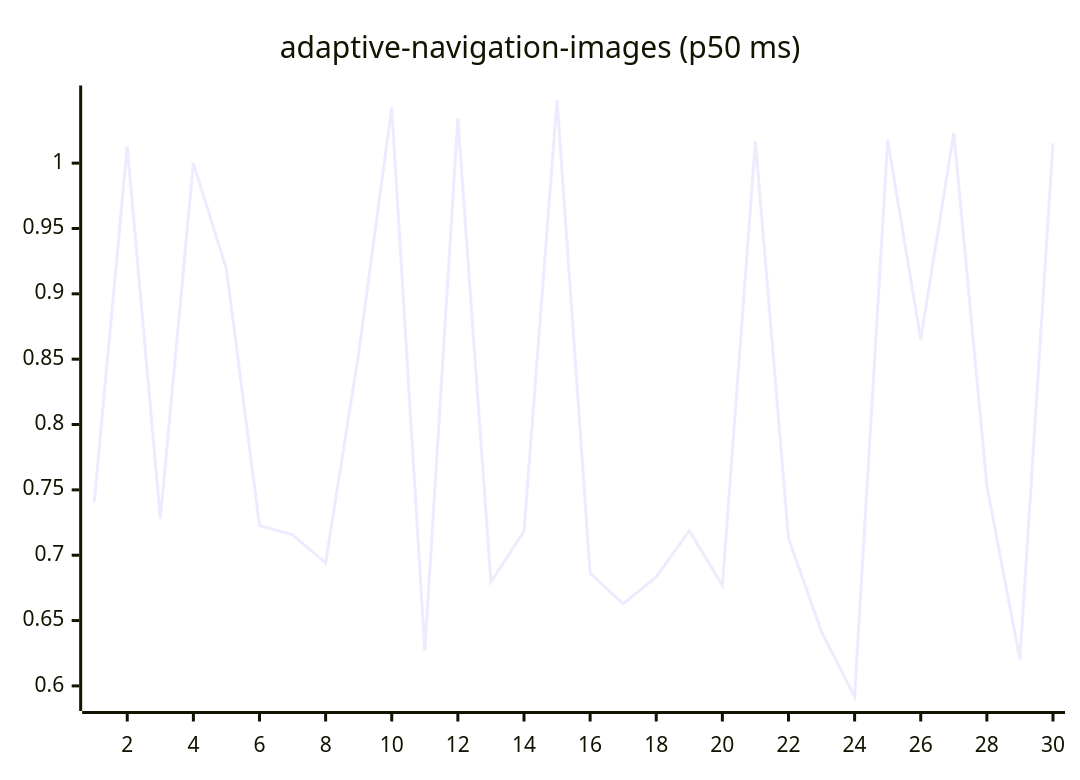
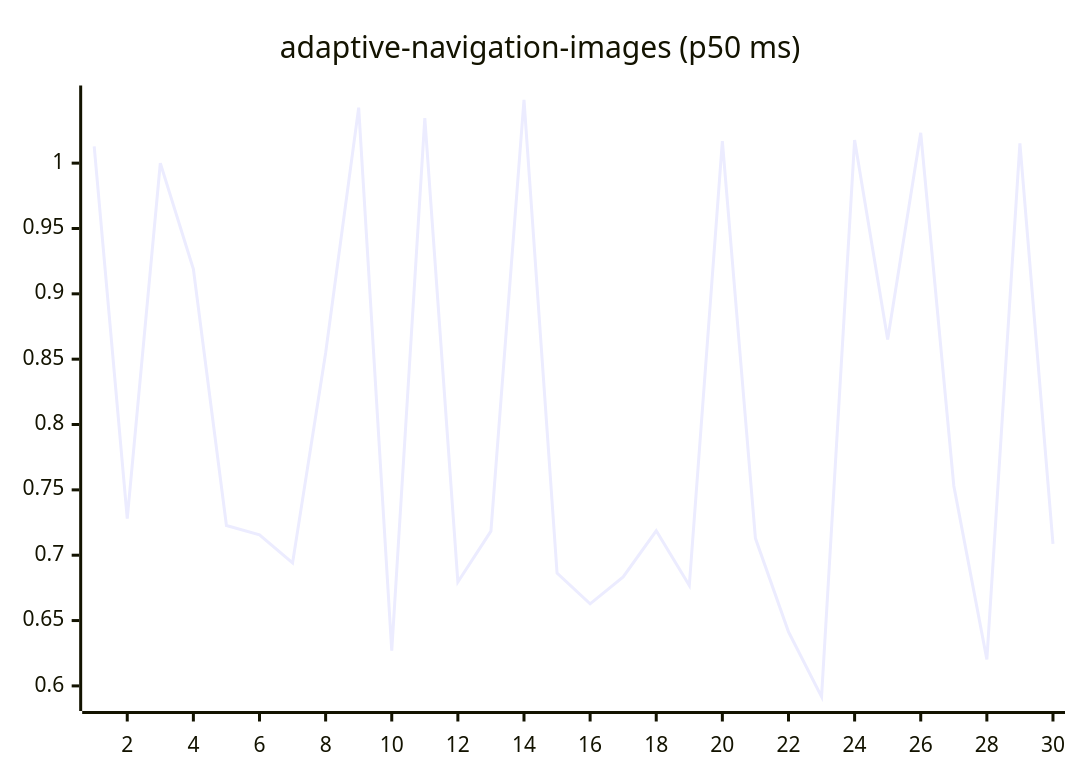
Before and after one commit to josha/Facet: the first of 27 diagrams in README.md, drawn with Mermaid. The commit also changed other lines of this file and 2 other files, not shown here.

````diff
--- a/README.md
+++ b/README.md
@@ -63,6 +63,6 @@
 ```mermaid
 xychart-beta
     title "adaptive-navigation-images (p50 ms)"
     x-axis 1 --> 30
-    line [0.7407, 1.0129, 0.7280, 1.0000, 0.9189, 0.7227, 0.7156, 0.6941, 0.8547, 1.0425, 0.6269, 1.0344, 0.6795, 0.7184, 1.0485, 0.6864, 0.6628, 0.6834, 0.7187, 0.6768, 1.0168, 0.7129, 0.6414, 0.5917, 1.0177, 0.8650, 1.0232, 0.7532, 0.6203, 1.0152]
+    line [1.0129, 0.7280, 1.0000, 0.9189, 0.7227, 0.7156, 0.6941, 0.8547, 1.0425, 0.6269, 1.0344, 0.6795, 0.7184, 1.0485, 0.6864, 0.6628, 0.6834, 0.7187, 0.6768, 1.0168, 0.7129, 0.6414, 0.5917, 1.0177, 0.8650, 1.0232, 0.7532, 0.6203, 1.0152, 0.7086]
 ```
````
